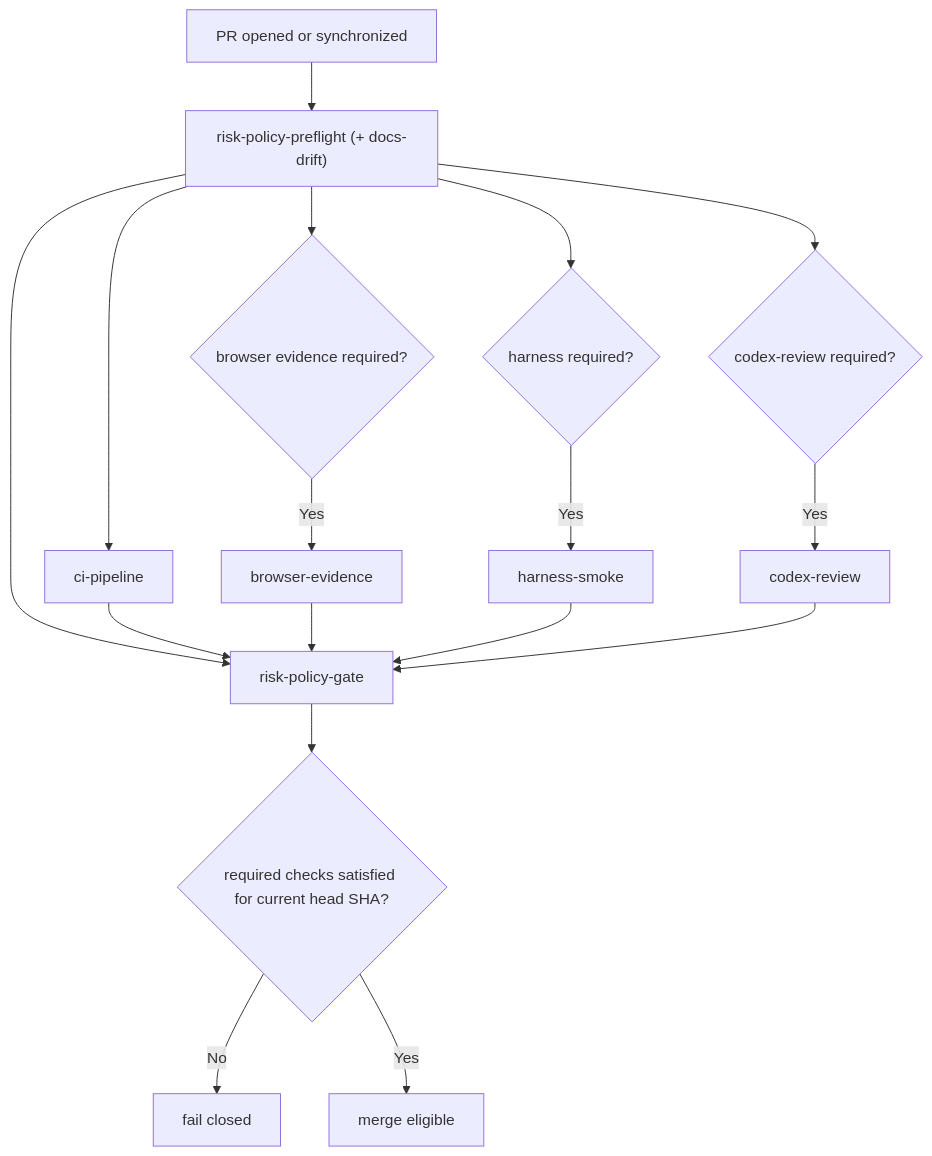
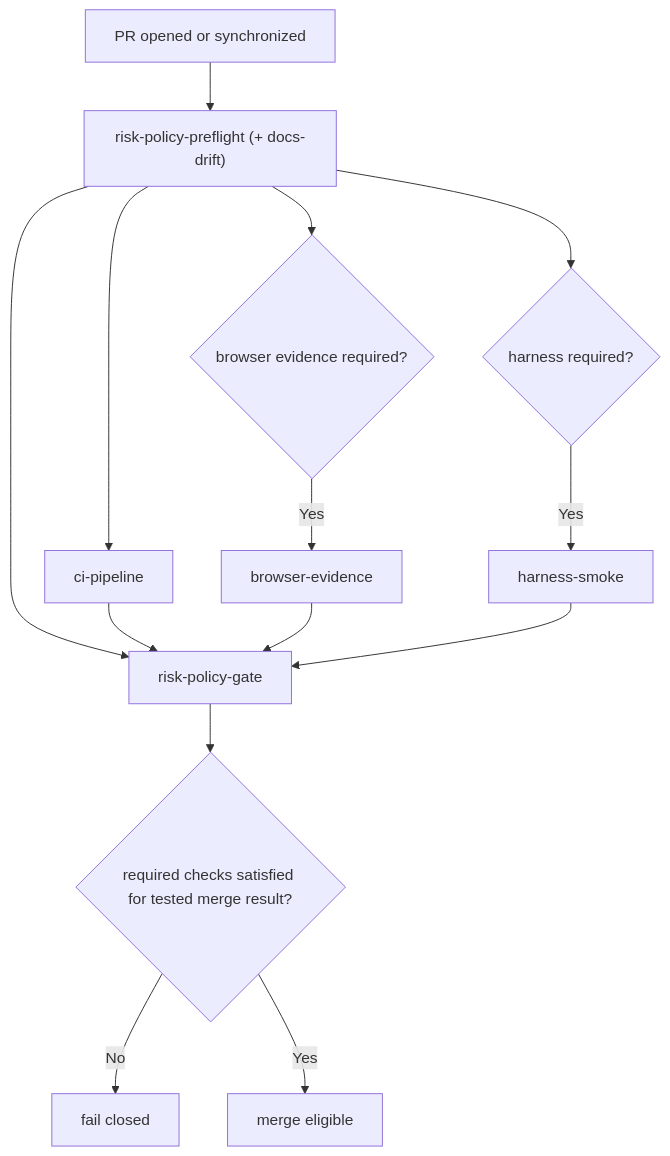
Before and after one commit to glcsolutions-ca/compass: the diagram in docs/merge-policy.md, drawn with Mermaid. The commit also changed other lines of this file and 18 other files, not shown here.

Commit message:
Simplify merge contract to merge-result gating and trusted codex review

````diff
--- a/docs/merge-policy.md
+++ b/docs/merge-policy.md
@@ -96,19 +108,16 @@
 ```mermaid
 flowchart TD
   A["PR opened or synchronized"] --> B["risk-policy-preflight (+ docs-drift)"]
   B --> C["ci-pipeline"]
   B --> D{"browser evidence required?"}
   B --> E{"harness required?"}
-  B --> F{"codex-review required?"}
   D -- Yes --> G["browser-evidence"]
   E -- Yes --> H["harness-smoke"]
-  F -- Yes --> I["codex-review"]
   B --> J["risk-policy-gate"]
   C --> J
   G --> J
   H --> J
-  I --> J
-  J --> K{"required checks satisfied for current head SHA?"}
+  J --> K{"required checks satisfied for tested merge result?"}
   K -- No --> X["fail closed"]
   K -- Yes --> M["merge eligible"]
 ```
````
